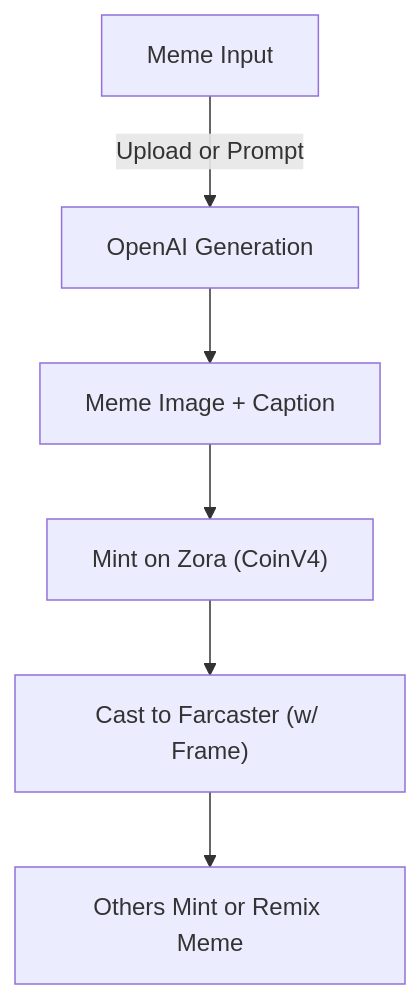
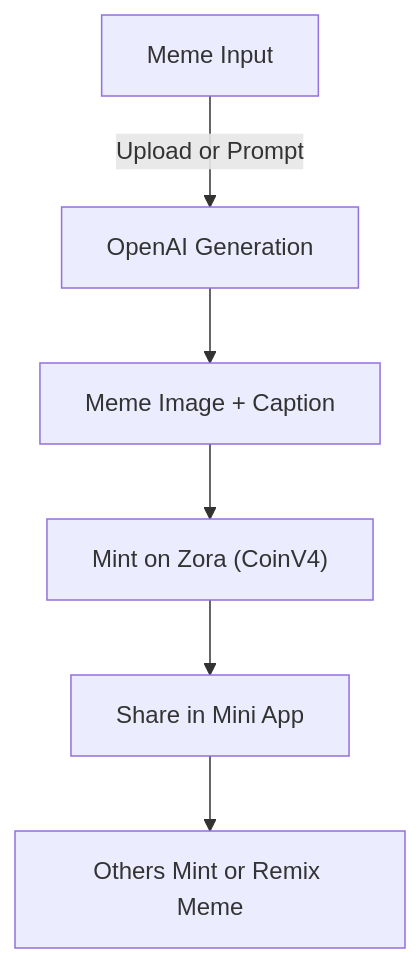
Before and after one commit to sukantg/zora-coinathon-2025: the diagram in README.md, drawn with Mermaid. The commit also changed other lines of this file, not shown here.

````diff
--- a/README.md
+++ b/README.md
@@ -87,8 +86,8 @@
 ```mermaid
 graph TD
   A["Meme Input"] -->|"Upload or Prompt"| B["OpenAI Generation"]
   B --> C["Meme Image + Caption"]
   C --> D["Mint on Zora (CoinV4)"]
-  D --> E["Cast to Farcaster (w/ Frame)"]
+  D --> E["Share in Mini App"]
   E --> F["Others Mint or Remix Meme"]
 ```
````
